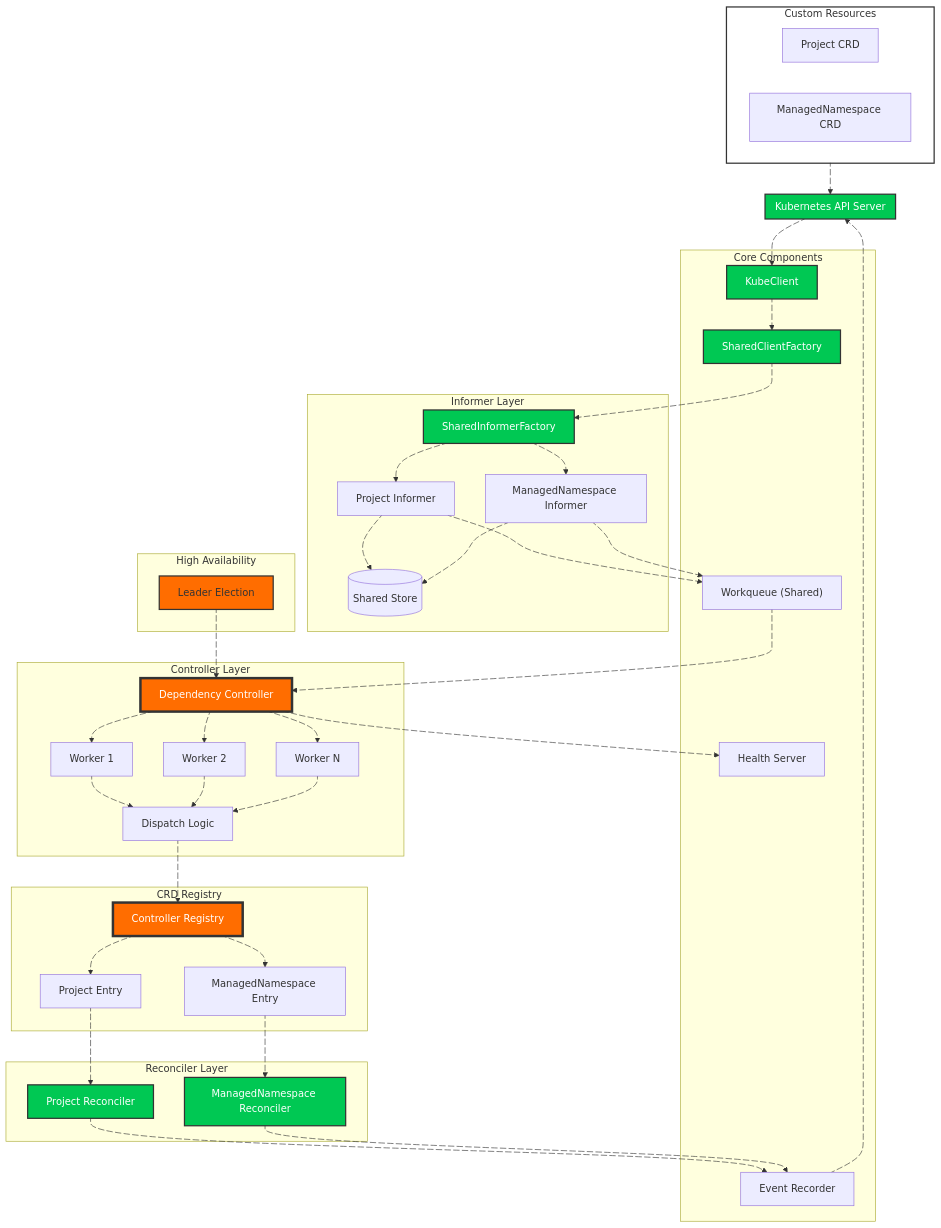
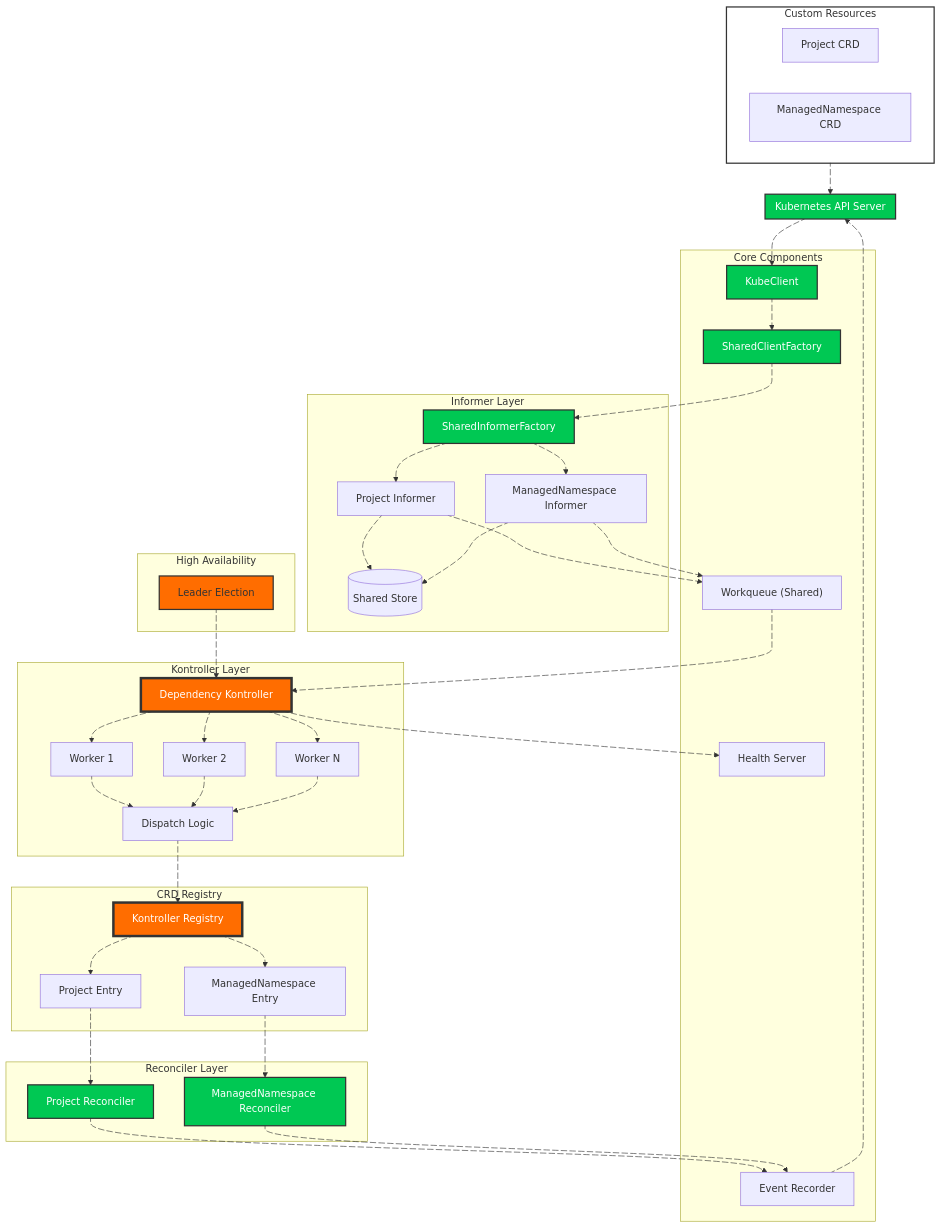
The diagram in README.md (iAlexeze/orkestra), drawn with Mermaid before and after one commit. The commit also changed other lines of this file and 58 other files, not shown here.

```diff
--- a/README.md
+++ b/README.md
@@ -41,12 +78,12 @@
         STORE[("Shared Store")]
   end
  subgraph Registry["CRD Registry"]
-        REG["Controller Registry"]
+        REG["Kontroller Registry"]
         R1["Project Entry"]
         R2["ManagedNamespace Entry"]
   end
- subgraph Controller["Controller Layer"]
-        C["Dependency Controller"]
+ subgraph Kontroller["Kontroller Layer"]
+        C["Dependency Kontroller"]
         W1["Worker 1"]
         W2["Worker 2"]
         W3["Worker N"]
```
